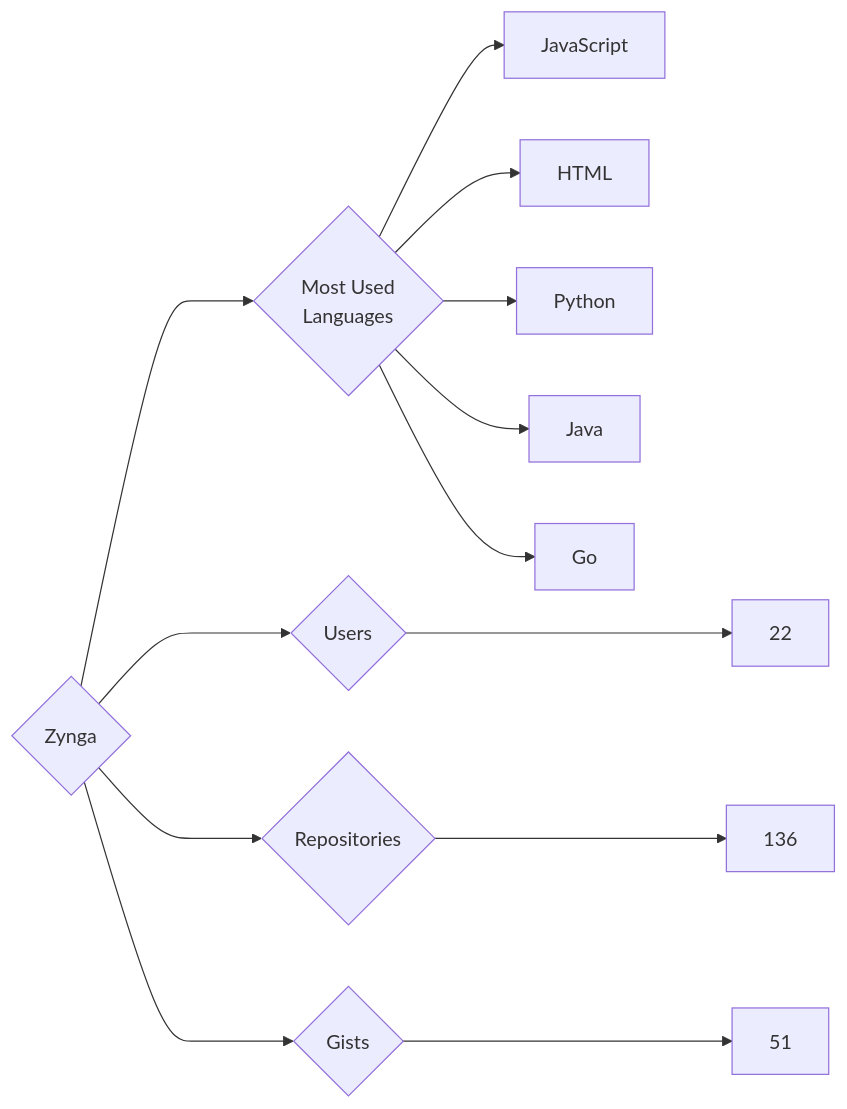
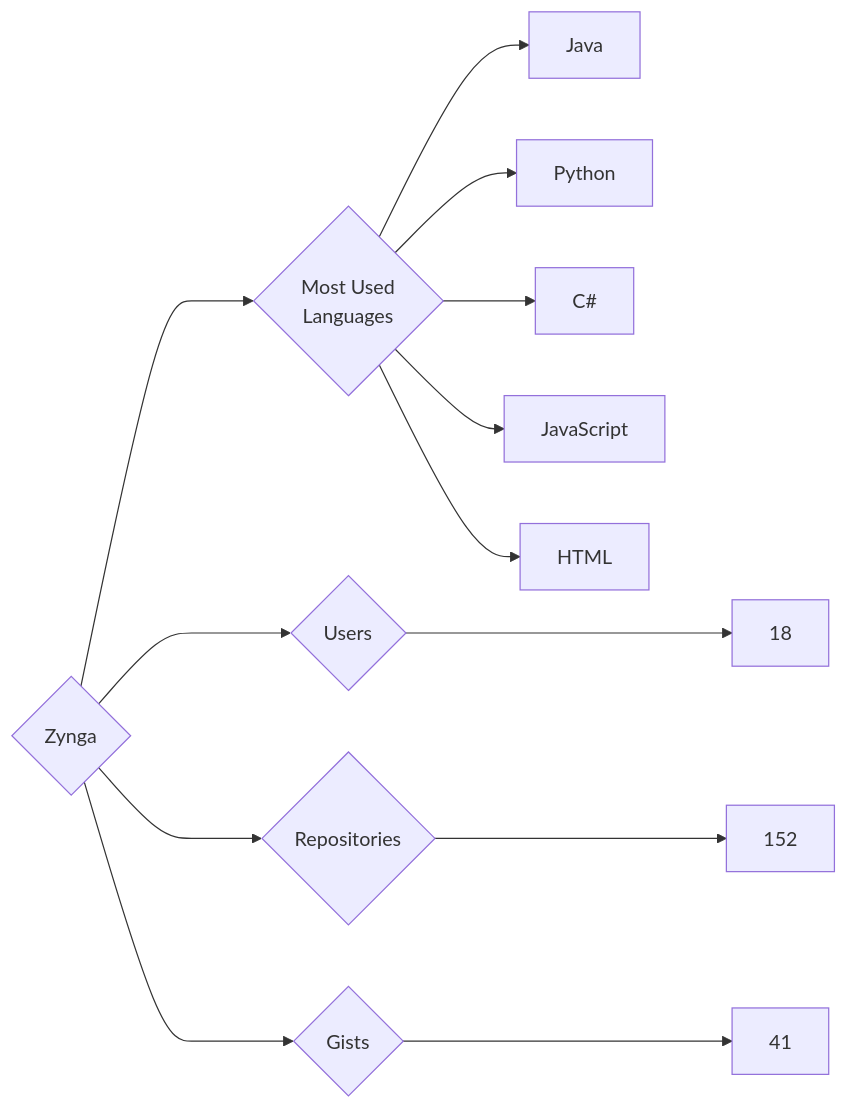
One commit to trickest/insiders changed the diagram in targets/Zynga/README.md. Above: the diagram before and after it, drawn with Mermaid. The commit also changed 970 other files, not shown here.

````diff
--- a/targets/Zynga/README.md
+++ b/targets/Zynga/README.md
@@ -3,13 +3,13 @@
 ```mermaid
 graph LR
 COMPANY_NAME{Zynga}
-COMPANY_NAME ---> U{Users} ---> UN[22]
-COMPANY_NAME ---> R{Repositories} ---> RN[136]
-COMPANY_NAME ---> G{Gists} ---> GN[51]
+COMPANY_NAME ---> U{Users} ---> UN[18]
+COMPANY_NAME ---> R{Repositories} ---> RN[152]
+COMPANY_NAME ---> G{Gists} ---> GN[41]
 COMPANY_NAME ---> ML{Most Used<br>Languages}
+ML --> Java[Java]
+ML --> Python[Python]
+ML --> C#[C#]
 ML --> JavaScript[JavaScript]
 ML --> HTML[HTML]
-ML --> Python[Python]
-ML --> Java[Java]
-ML --> Go[Go]
 ```
````
